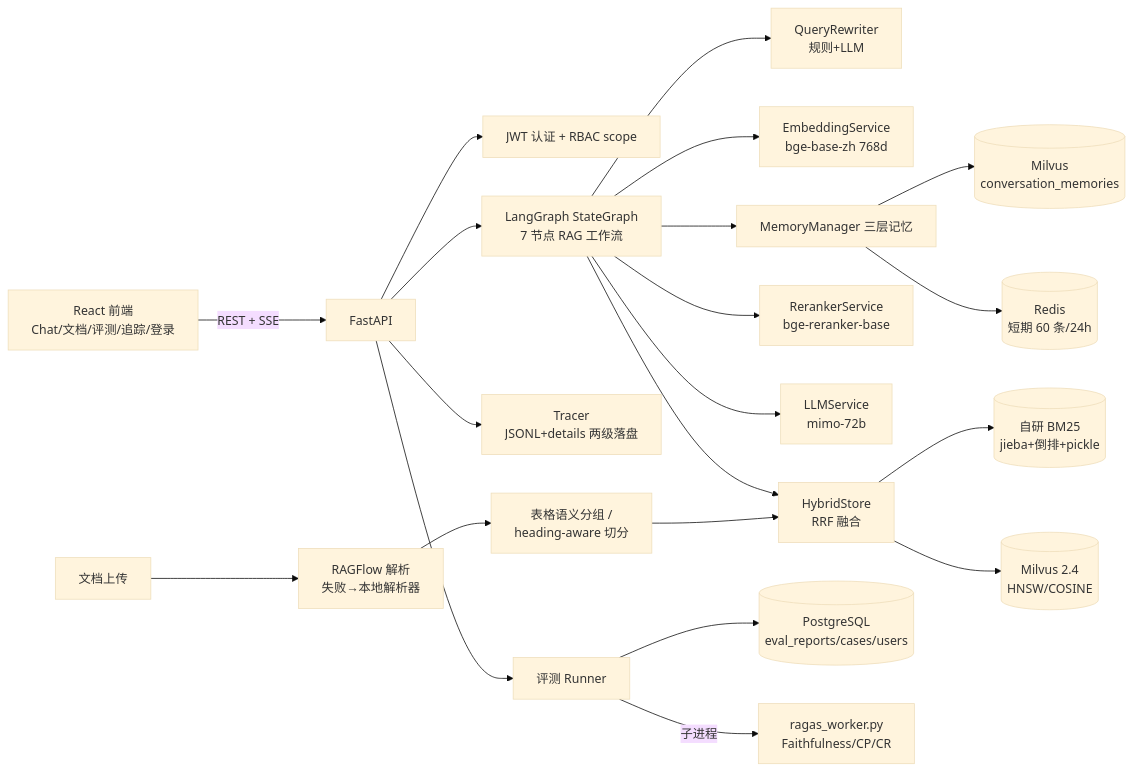
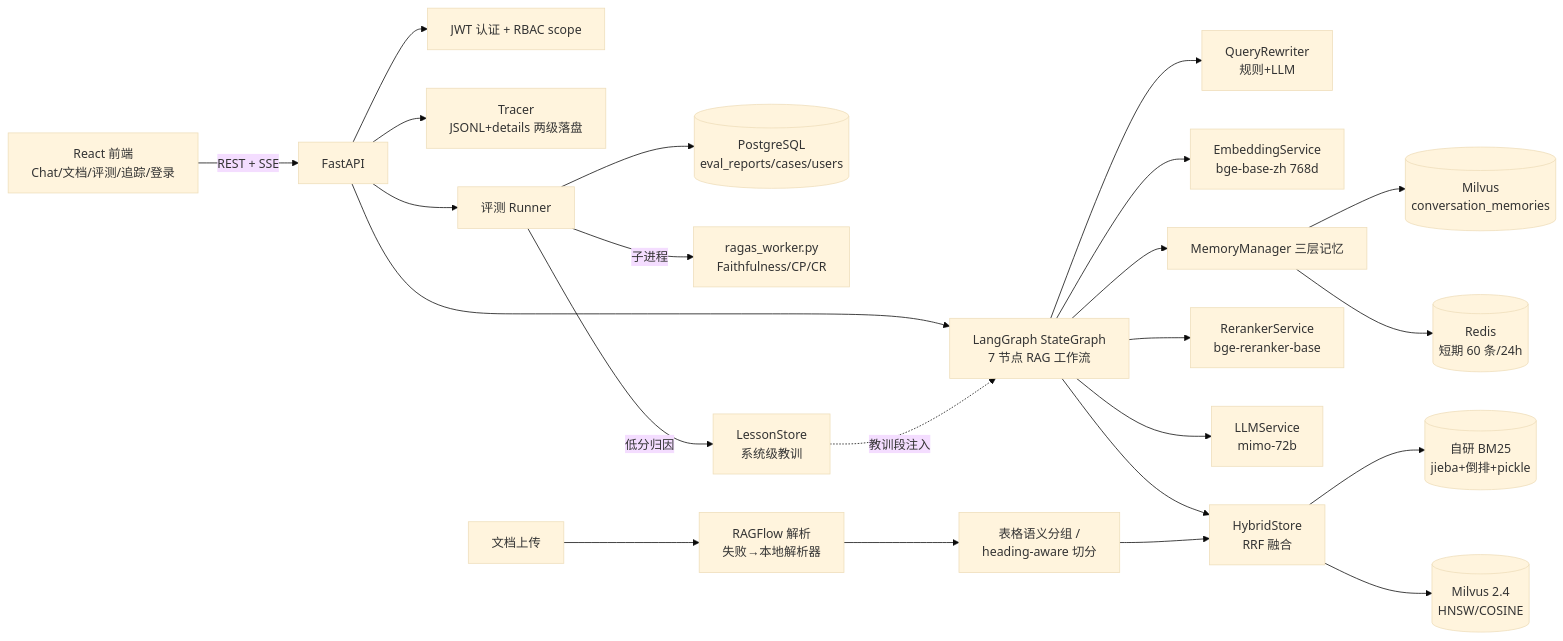
The first of 2 diagrams in docs/01-技术分析.md (slimbaby/RAG-huagong), drawn with Mermaid (base theme) before and after one commit. The commit also changed other lines of this file and 4 other files, not shown here.

````diff
--- a/docs/01-技术分析.md
+++ b/docs/01-技术分析.md
@@ -44,21 +45,23 @@
 ```mermaid
 flowchart LR
     FE[React 前端<br/>Chat/文档/评测/追踪/登录] -->|REST + SSE| API[FastAPI]
     API --> AUTH[JWT 认证 + RBAC scope]
     API --> GRAPH[LangGraph StateGraph<br/>7 节点 RAG 工作流]
     GRAPH --> QR[QueryRewriter<br/>规则+LLM]
     GRAPH --> EMB[EmbeddingService<br/>bge-base-zh 768d]
     GRAPH --> HS[HybridStore<br/>RRF 融合]
     HS --> MIL[(Milvus 2.4<br/>HNSW/COSINE)]
     HS --> BM[(自研 BM25<br/>jieba+倒排+pickle)]
     GRAPH --> RR[RerankerService<br/>bge-reranker-base]
     GRAPH --> LLM[LLMService<br/>mimo-72b]
     GRAPH --> MEM[MemoryManager 三层记忆]
     MEM --> REDIS[(Redis<br/>短期 60 条/24h)]
     MEM --> MIL2[(Milvus<br/>conversation_memories)]
     API --> TRC[Tracer<br/>JSONL+details 两级落盘]
     API --> EVAL[评测 Runner] --> PG[(PostgreSQL<br/>eval_reports/cases/users)]
     EVAL -->|子进程| RAGAS[ragas_worker.py<br/>Faithfulness/CP/CR]
+    EVAL -->|低分归因| LS[LessonStore<br/>系统级教训]
+    LS -.->|教训段注入| GRAPH
     DOC[文档上传] --> RAGFLOW[RAGFlow 解析<br/>失败→本地解析器]
     RAGFLOW --> SPLIT[表格语义分组 /<br/>heading-aware 切分] --> HS
 ```
````
